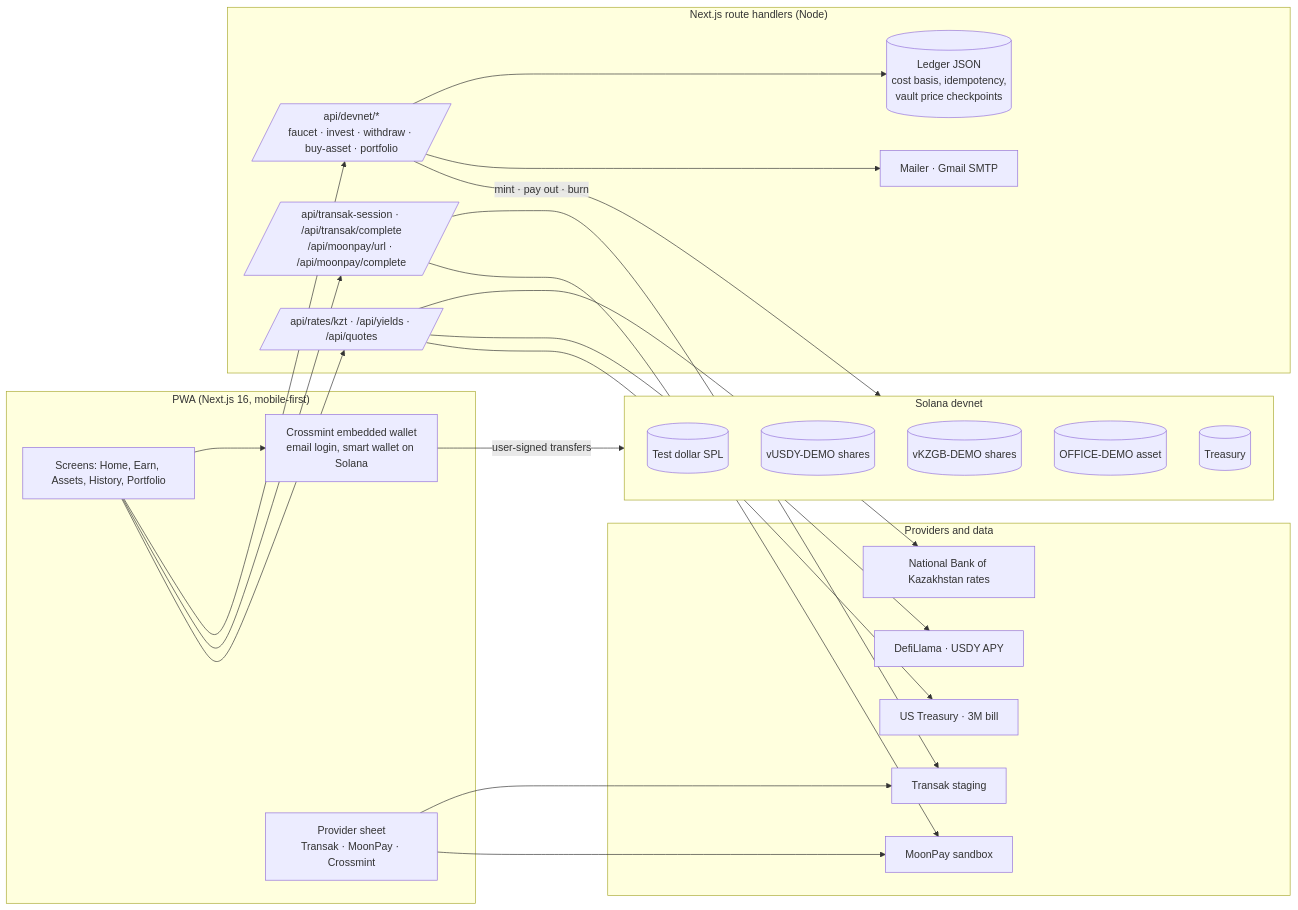
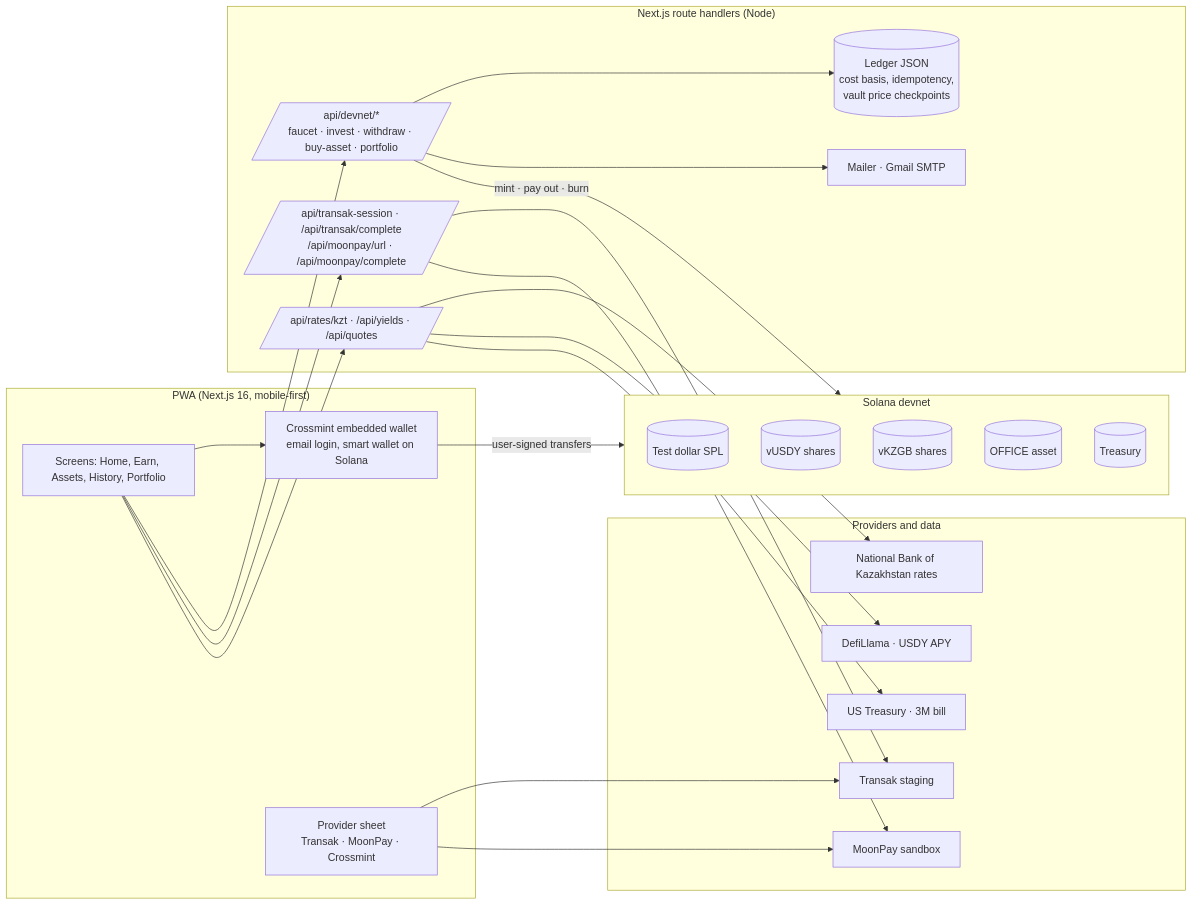
One commit to lengway/rwa-bridge changed the first of 3 diagrams in docs/architecture.md. Above: the diagram before and after it, drawn with Mermaid. The commit also changed other lines of this file and 59 other files, not shown here.

````diff
--- a/docs/architecture.md
+++ b/docs/architecture.md
@@ -9,44 +9,44 @@
 ```mermaid
 flowchart LR
   subgraph Client["PWA (Next.js 16, mobile-first)"]
     UI[Screens: Home, Earn, Assets, History, Portfolio]
     CM[Crossmint embedded wallet<br/>email login, smart wallet on Solana]
     PS[Provider sheet<br/>Transak · MoonPay · Crossmint]
   end
   subgraph Server["Next.js route handlers (Node)"]
     DEV[/api/devnet/*<br/>faucet · invest · withdraw · buy-asset · portfolio/]
     RAMP[/api/transak-session · /api/transak/complete<br/>/api/moonpay/url · /api/moonpay/complete/]
     MKT[/api/rates/kzt · /api/yields · /api/quotes/]
     LED[(Ledger JSON<br/>cost basis, idempotency,<br/>vault price checkpoints)]
     MAIL[Mailer · Gmail SMTP]
   end
   subgraph Chain["Solana devnet"]
     USD[(Test dollar SPL)]
-    VU[(vUSDY-DEMO shares)]
-    VK[(vKZGB-DEMO shares)]
-    OFF[(OFFICE-DEMO asset)]
+    VU[(vUSDY shares)]
+    VK[(vKZGB shares)]
+    OFF[(OFFICE asset)]
     TR[(Treasury)]
   end
   subgraph External["Providers and data"]
     TK[Transak staging]
     MP[MoonPay sandbox]
     NBK[National Bank of Kazakhstan rates]
     DL[DefiLlama · USDY APY]
     UST[US Treasury · 3M bill]
   end
   UI --> CM
   UI --> DEV
   UI --> RAMP
   UI --> MKT
   PS --> TK
   PS --> MP
   CM -- user-signed transfers --> Chain
   DEV -- mint · pay out · burn --> Chain
   DEV --> LED
   DEV --> MAIL
   RAMP --> TK
   RAMP --> MP
   MKT --> NBK
   MKT --> DL
   MKT --> UST
 ```
````
